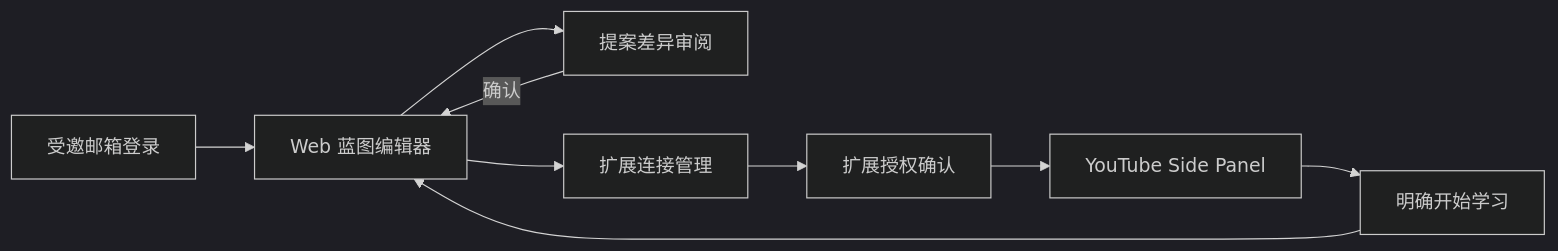
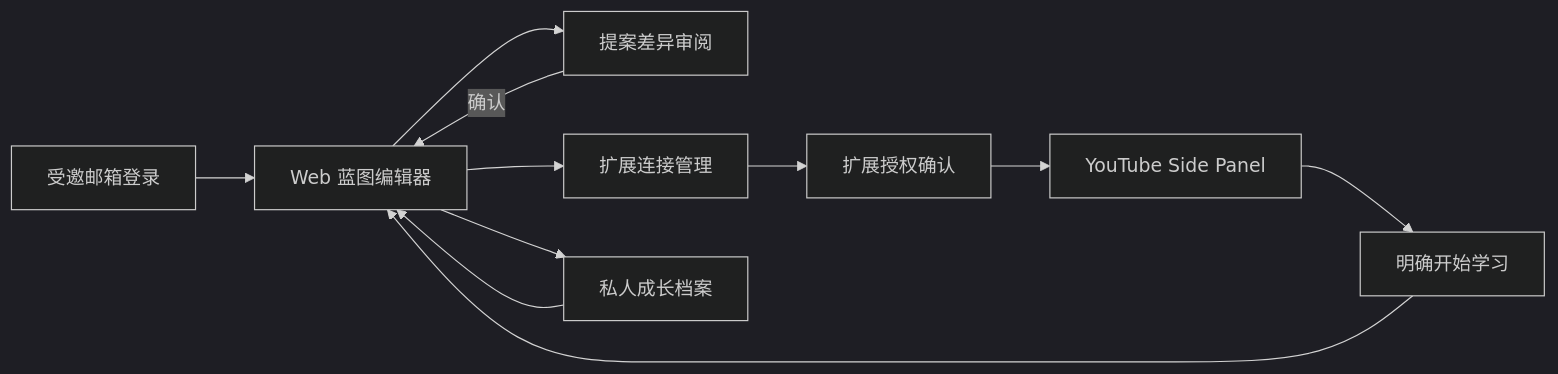
Before and after one commit to Wjiajie/youtube-digest: the diagram in docs/ui-ux-design.md, drawn with Mermaid (dark theme). The commit also changed other lines of this file and 16 other files, not shown here.

````diff
--- a/docs/ui-ux-design.md
+++ b/docs/ui-ux-design.md
@@ -11,11 +11,13 @@
 ```mermaid
 flowchart LR
   Login[受邀邮箱登录] --> Web[Web 蓝图编辑器]
   Web --> Review[提案差异审阅]
   Review -->|确认| Web
   Web --> Connections[扩展连接管理]
+  Web --> Journal[私人成长档案]
+  Journal --> Web
   Connections --> Consent[扩展授权确认]
   Consent --> Panel[YouTube Side Panel]
   Panel --> Session[明确开始学习]
   Session --> Web
 ```
````
